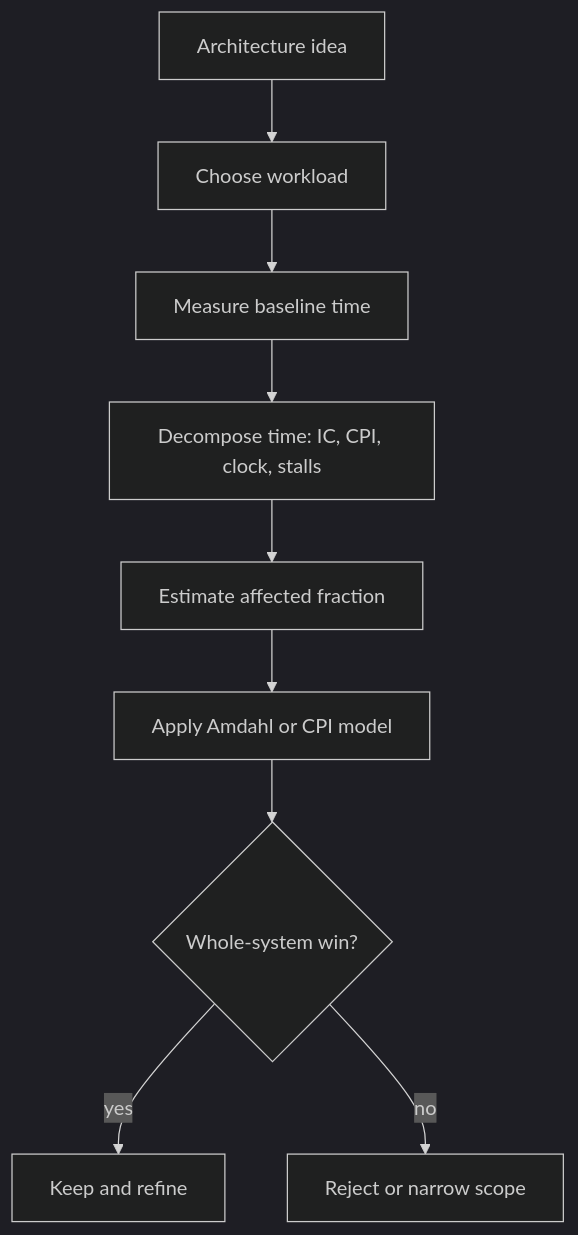
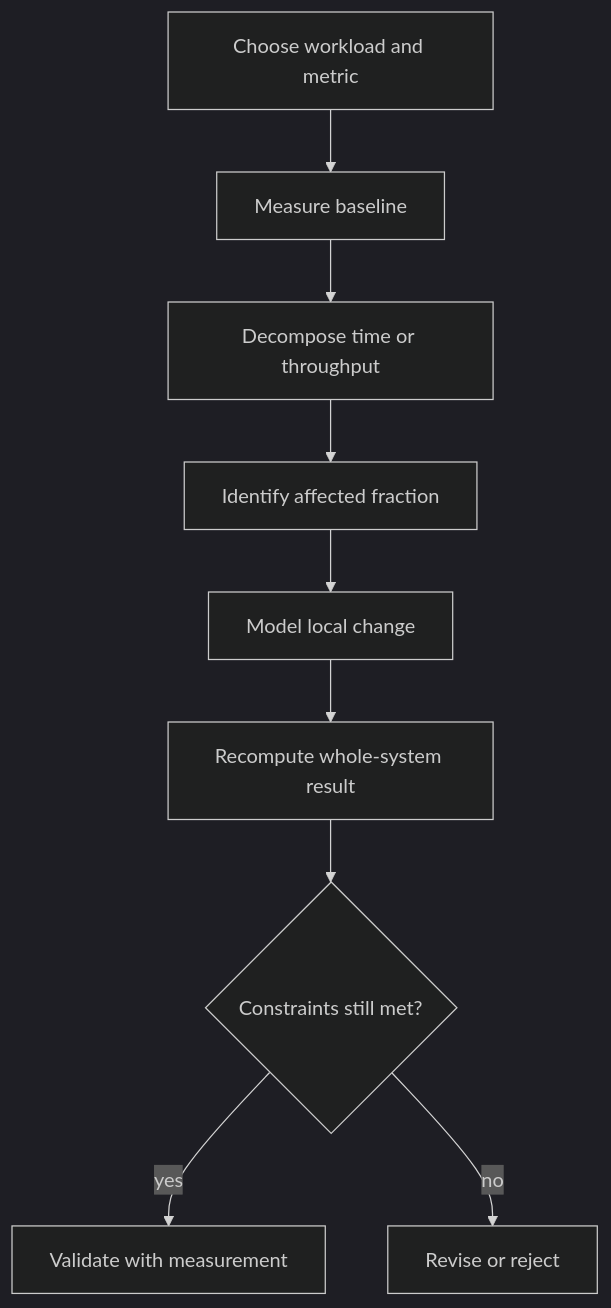
Before and after one commit to justinbrianhwang/SJ-wiki: the diagram in docs/cs/computer-architecture/quantitative-design-and-performance.md, drawn with Mermaid (dark theme). The commit also changed other lines of this file and 166 other files, not shown here.

````diff
--- a/docs/cs/computer-architecture/quantitative-design-and-performance.md
+++ b/docs/cs/computer-architecture/quantitative-design-and-performance.md
@@ -99,11 +73,11 @@
 ```mermaid
 flowchart TD
-    A[Architecture idea] --> B[Choose workload]
-    B --> C[Measure baseline time]
-    C --> D["Decompose time: IC, CPI, clock, stalls"]
-    D --> E[Estimate affected fraction]
-    E --> F[Apply Amdahl or CPI model]
-    F --> G{"Whole-system win?"}
-    G -->|yes| H[Keep and refine]
-    G -->|no| I[Reject or narrow scope]
+    A["Choose workload and metric"] --> B["Measure baseline"]
+    B --> C["Decompose time or throughput"]
+    C --> D["Identify affected fraction"]
+    D --> E["Model local change"]
+    E --> F["Recompute whole-system result"]
+    F --> G{"Constraints still met?"}
+    G -->|yes| H["Validate with measurement"]
+    G -->|no| I["Revise or reject"]
 ```
````
